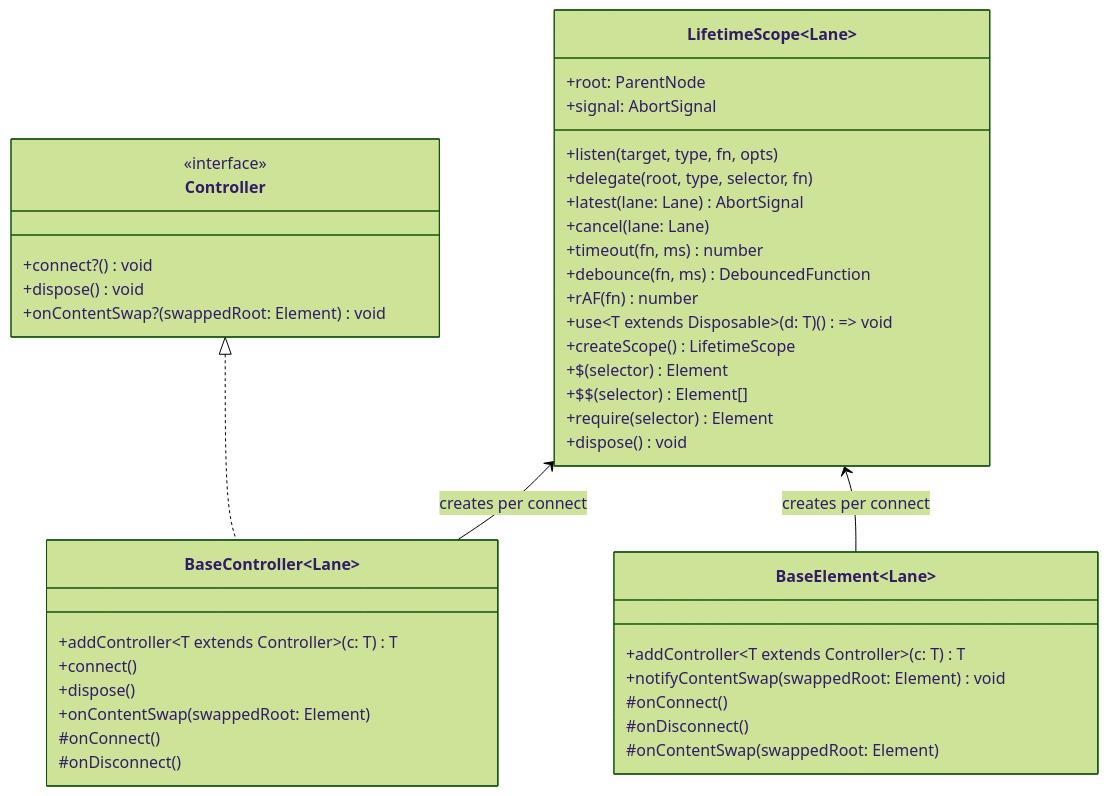
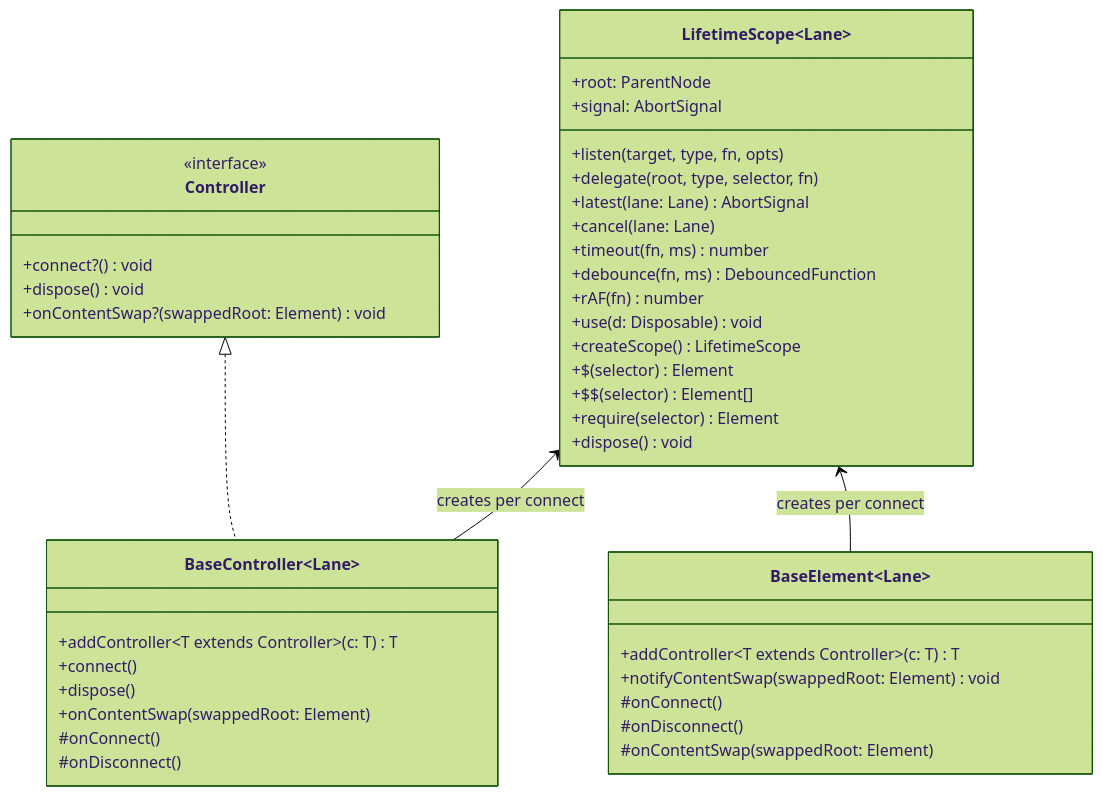
Before and after one commit to nkprasad12/morcus-net: the diagram in src/web/v2/MICROFRAMEWORK_PROPOSAL.md, drawn with Mermaid (forest theme). The commit also changed other lines of this file and 13 other files, not shown here.

````diff
--- a/src/web/v2/MICROFRAMEWORK_PROPOSAL.md
+++ b/src/web/v2/MICROFRAMEWORK_PROPOSAL.md
@@ -74,44 +74,44 @@
 ```mermaid
 classDiagram
     class Controller {
         <<interface>>
         +connect?() void
         +dispose() void
         +onContentSwap?(swappedRoot: Element) void
     }
     class LifetimeScope~Lane~ {
         +root: ParentNode
         +signal: AbortSignal
         +listen(target, type, fn, opts)
         +delegate(root, type, selector, fn)
         +latest(lane: Lane) AbortSignal
         +cancel(lane: Lane)
         +timeout(fn, ms) number
         +debounce(fn, ms) DebouncedFunction
         +rAF(fn) number
-        +use~T extends Disposable~(d: T) () => void
+        +use(d: Disposable) void
         +createScope() LifetimeScope
         +$(selector) Element
         +$$(selector) Element[]
         +require(selector) Element
         +dispose() void
     }
     class BaseElement~Lane~ {
         +addController~T extends Controller~(c: T) T
         +notifyContentSwap(swappedRoot: Element) void
         #onConnect()
         #onDisconnect()
         #onContentSwap(swappedRoot: Element)
     }
     class BaseController~Lane~ {
         +addController~T extends Controller~(c: T) T
         +connect()
         +dispose()
         +onContentSwap(swappedRoot: Element)
         #onConnect()
         #onDisconnect()
     }
     Controller <|.. BaseController
     LifetimeScope <-- BaseElement : creates per connect
     LifetimeScope <-- BaseController : creates per connect
 ```
````
